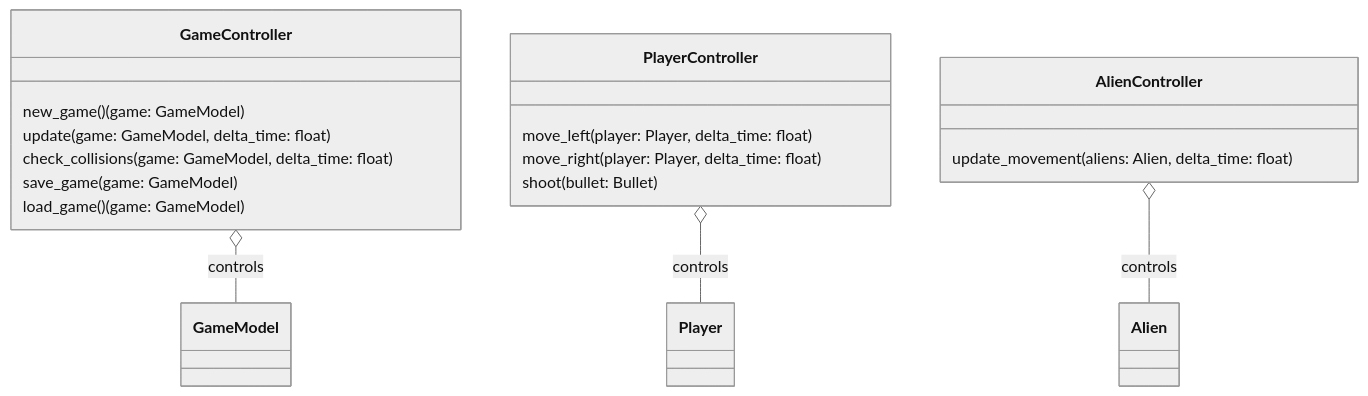
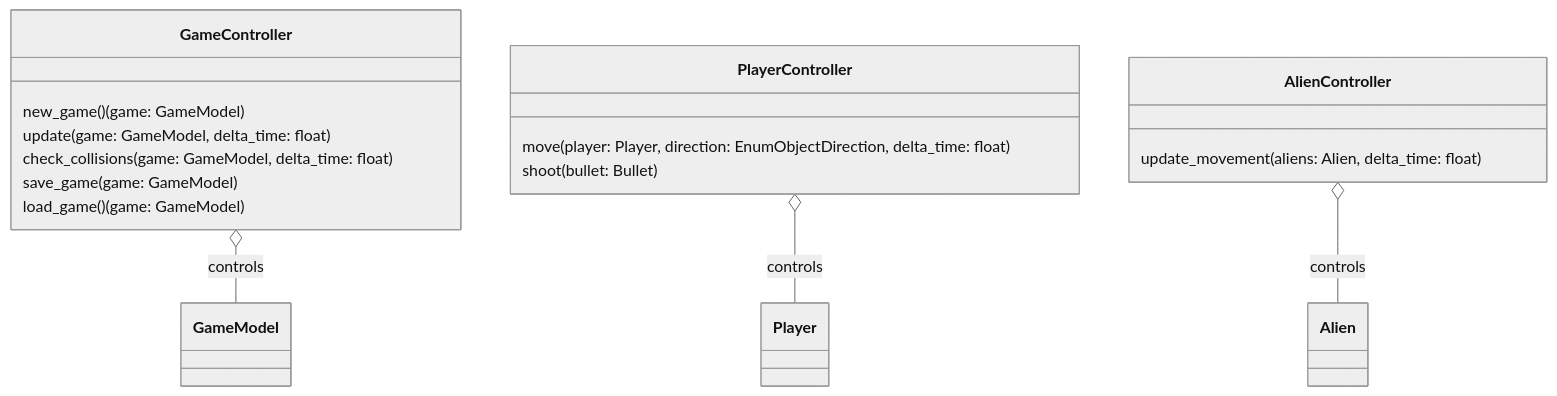
One commit to Austriss/Space-Invaders-Austris changed the diagram in UML/controller.md. Above: the diagram before and after it, drawn with Mermaid (neutral theme). The commit also changed 2 other files, not shown here.

````diff
--- a/UML/controller.md
+++ b/UML/controller.md
@@ -1,26 +1,25 @@
 ```mermaid
 classDiagram
     class GameController {
         new_game()(game: GameModel)
         update(game: GameModel, delta_time: float)
         check_collisions(game: GameModel, delta_time: float)
         save_game(game: GameModel)
         load_game()(game: GameModel)
     }
 
     class PlayerController {
-        move_left(player: Player, delta_time: float)
-        move_right(player: Player, delta_time: float)
+        move(player: Player, direction: EnumObjectDirection, delta_time: float)
         shoot(bullet: Bullet)
     }
 
     class AlienController {
         update_movement(aliens: Alien, delta_time: float)
     }
 
 
     GameController o-- GameModel : controls
     PlayerController o-- Player : controls
     AlienController o-- Alien : controls
   
 ```
````
